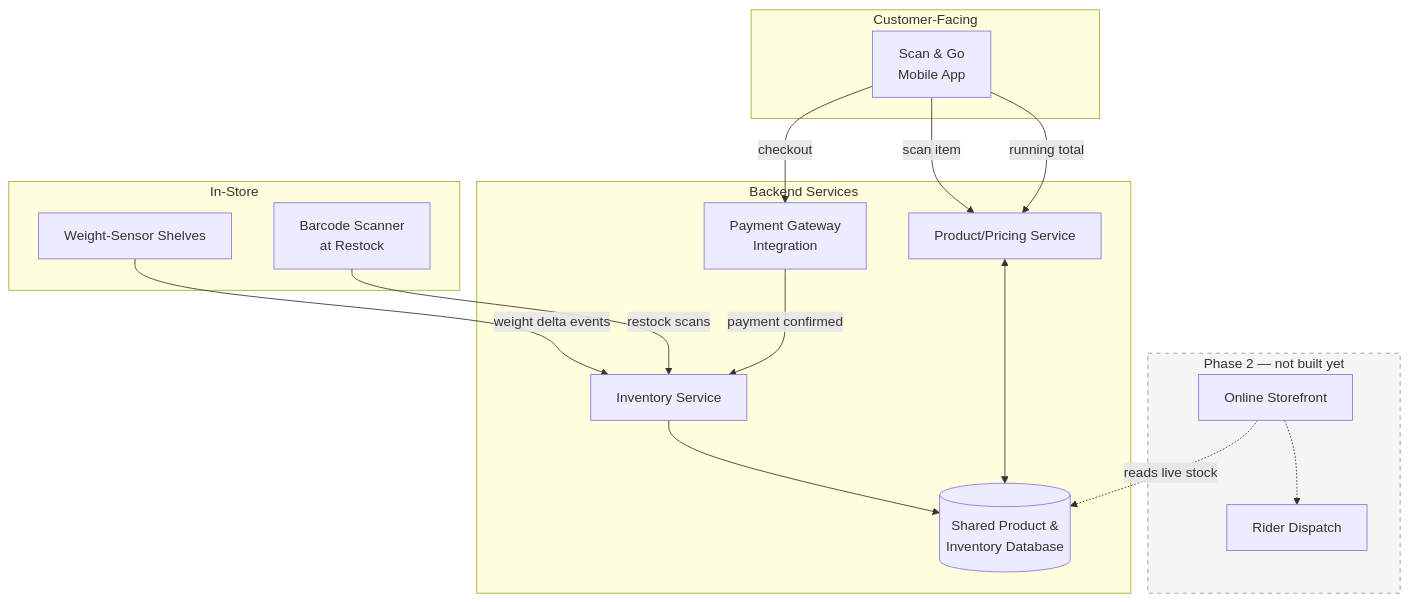
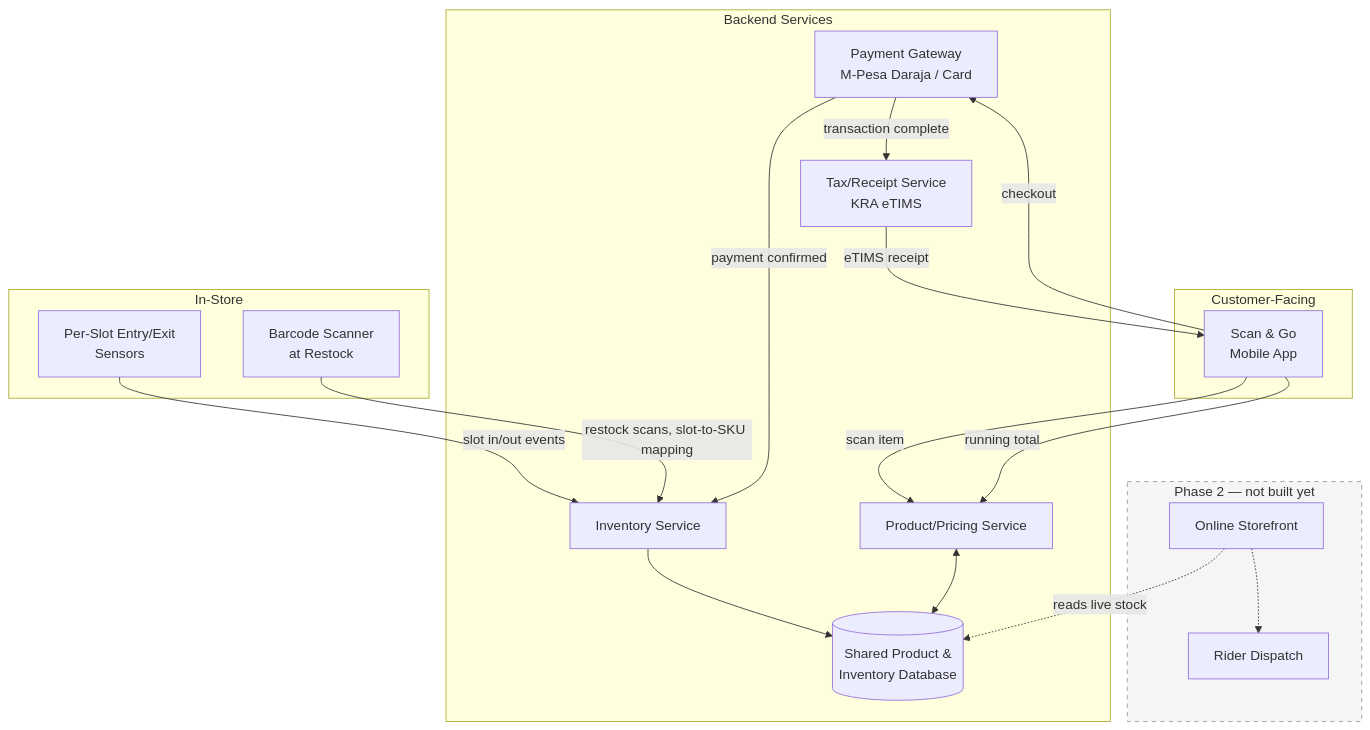
Before and after one commit to ako5117/smart_shopping: the first of 2 diagrams in docs/architecture.md, drawn with Mermaid. The commit also changed other lines of this file, not shown here.

First line of the commit message:
Enhance architecture diagram and component notes

````diff
--- a/docs/architecture.md
+++ b/docs/architecture.md
@@ -5,37 +5,40 @@
 ```mermaid
 graph TD
     subgraph Store["In-Store"]
-        WS[Weight-Sensor Shelves]
+        EX[Per-Slot Entry/Exit<br/>Sensors]
         BR[Barcode Scanner<br/>at Restock]
     end
 
     subgraph Backend["Backend Services"]
         IS[Inventory Service]
         PS[Product/Pricing Service]
         DB[(Shared Product &<br/>Inventory Database)]
-        PAY[Payment Gateway<br/>Integration]
+        PAY[Payment Gateway<br/>M-Pesa Daraja / Card]
+        TAX[Tax/Receipt Service<br/>KRA eTIMS]
     end
 
     subgraph Customer["Customer-Facing"]
         APP[Scan & Go<br/>Mobile App]
     end
 
     subgraph Future["Phase 2 — not built yet"]
         WEB[Online Storefront]
         DISP[Rider Dispatch]
     end
 
-    WS -->|weight delta events| IS
-    BR -->|restock scans| IS
+    EX -->|slot in/out events| IS
+    BR -->|restock scans, slot-to-SKU mapping| IS
     IS --> DB
     PS <--> DB
     APP -->|scan item| PS
     APP -->|running total| PS
     APP -->|checkout| PAY
     PAY -->|payment confirmed| IS
+    PAY -->|transaction complete| TAX
+    TAX -->|eTIMS receipt| APP
 
     WEB -.->|reads live stock| DB
     WEB -.-> DISP
 
     style Future fill:#f5f5f5,stroke:#999,stroke-dasharray: 5 5
 ```
````
